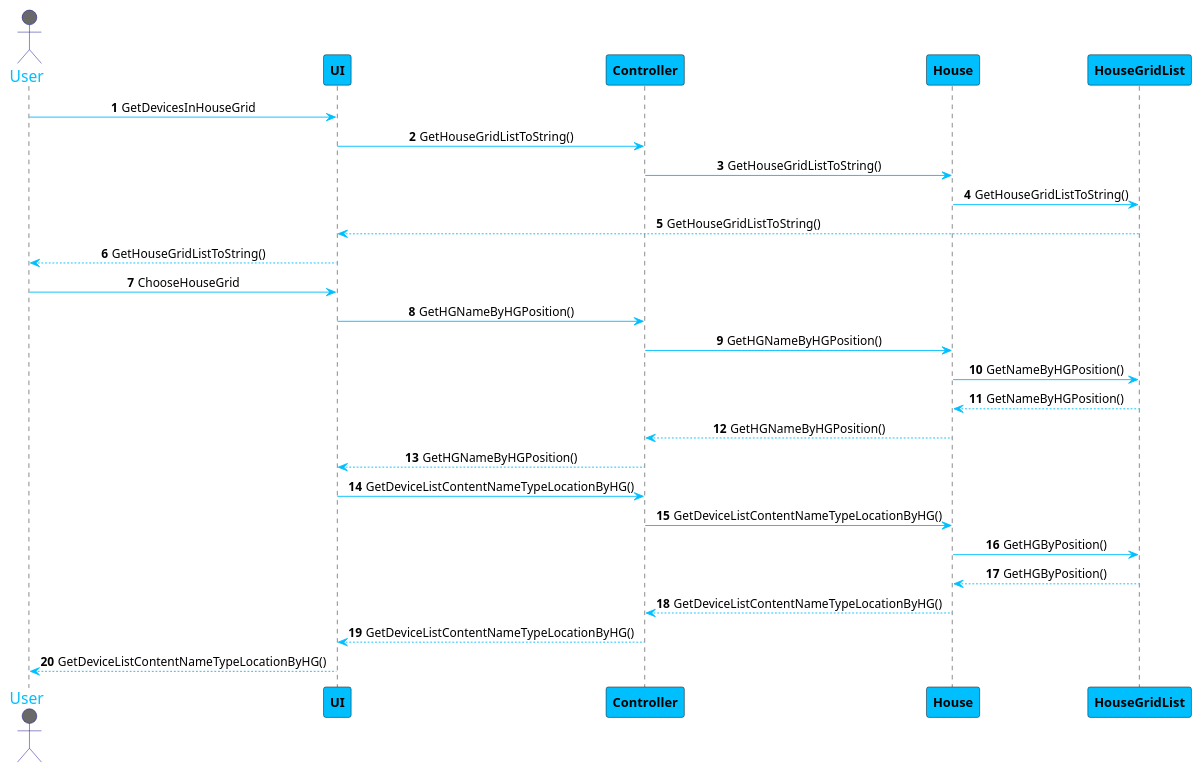
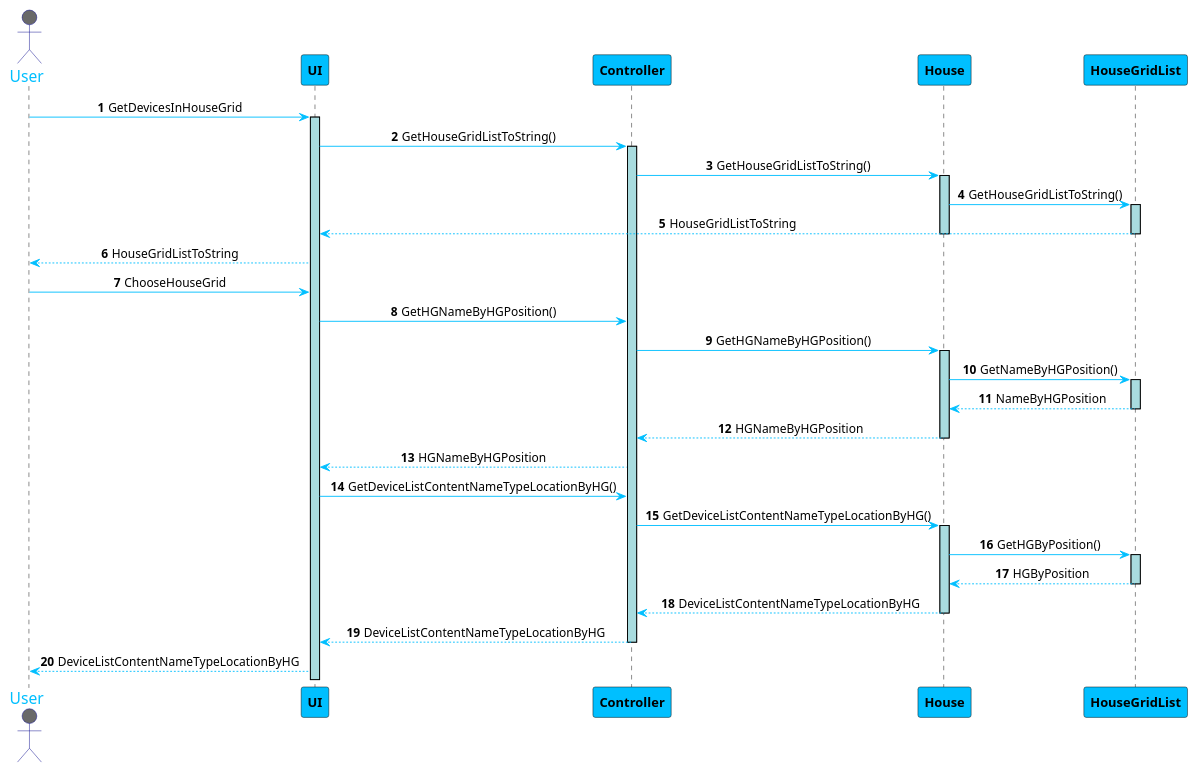
The diagram in src/Docs/Sprint2/GetDevicesInHouseGrid.puml (1181687/hateoasToy), drawn with PlantUML before and after one commit. The commit also changed 4 other files, not shown here.

Commit message:
Changes to Sequence Diagrams

```diff
--- a/src/Docs/Sprint2/GetDevicesInHouseGrid.puml
+++ b/src/Docs/Sprint2/GetDevicesInHouseGrid.puml
@@ -1,43 +1,60 @@
 @startuml
 skinparam sequenceMessageAlign center
 skinparam sequence {
 	ArrowColor DeepSkyBlue
 	ActorBorderColor DarkBlue
 	LifeLineBorderColor black
 	LifeLineBackgroundColor #A9DCDF
 
 	ParticipantBorderColor Black
 	ParticipantBackgroundColor DeepSkyBlue
 	ParticipantFontStyle Bold
 
 	ActorBackgroundColor DimGrey
 	ActorFontColor DeepSkyBlue
 	ActorFontSize 17
 	ActorFontName Aapex
 }
 
 autonumber
 actor User
 User -> UI: GetDevicesInHouseGrid
+activate UI
 UI -> Controller: GetHouseGridListToString()
+activate Controller
 Controller -> House: GetHouseGridListToString()
+activate House
 House -> HouseGridList: GetHouseGridListToString()
-UI <-- HouseGridList: GetHouseGridListToString()
-User <-- UI: GetHouseGridListToString()
+activate HouseGridList
+UI <-- HouseGridList: HouseGridListToString
+deactivate HouseGridList
+deactivate House
+User <-- UI: HouseGridListToString
 
 User -> UI: ChooseHouseGrid
 UI -> Controller: GetHGNameByHGPosition()
 Controller -> House: GetHGNameByHGPosition()
+activate House
 House -> HouseGridList: GetNameByHGPosition()
-House <-- HouseGridList: GetNameByHGPosition()
-Controller <-- House: GetHGNameByHGPosition()
-UI <-- Controller: GetHGNameByHGPosition()
+activate HouseGridList
+House <-- HouseGridList: NameByHGPosition
+deactivate HouseGridList
+Controller <-- House: HGNameByHGPosition
+deactivate House
+UI <-- Controller: HGNameByHGPosition
+
 
 UI -> Controller: GetDeviceListContentNameTypeLocationByHG()
+
 Controller -> House: GetDeviceListContentNameTypeLocationByHG()
+activate House
 House -> HouseGridList: GetHGByPosition()
-House <-- HouseGridList: GetHGByPosition()
-Controller <-- House: GetDeviceListContentNameTypeLocationByHG()
-UI <-- Controller: GetDeviceListContentNameTypeLocationByHG()
-User <-- UI: GetDeviceListContentNameTypeLocationByHG()
+activate HouseGridList
+House <-- HouseGridList: HGByPosition
+deactivate HouseGridList
+Controller <-- House: DeviceListContentNameTypeLocationByHG
+deactivate House
+UI <-- Controller: DeviceListContentNameTypeLocationByHG
+deactivate Controller
+User <-- UI: DeviceListContentNameTypeLocationByHG
 @enduml
```
